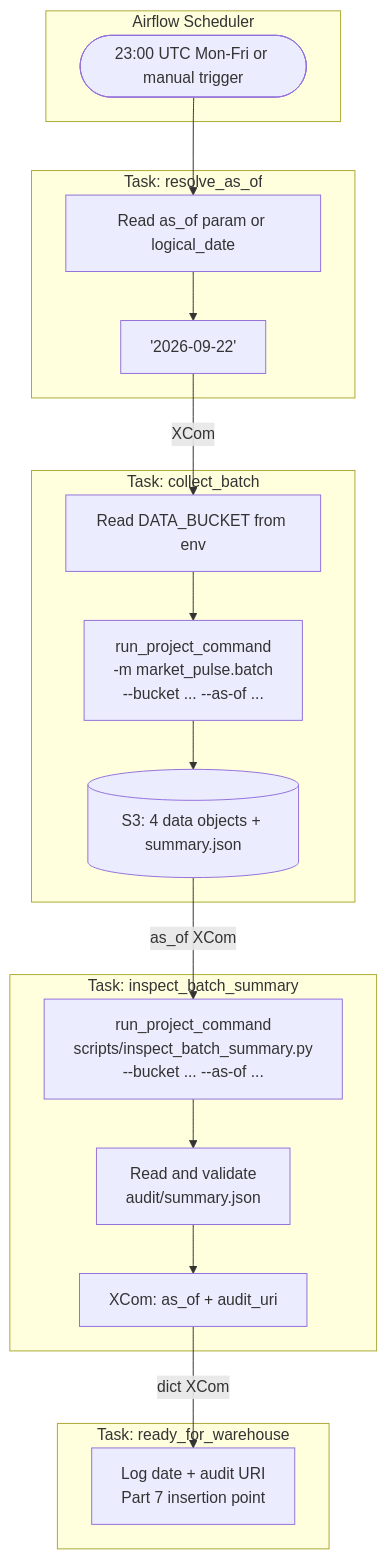
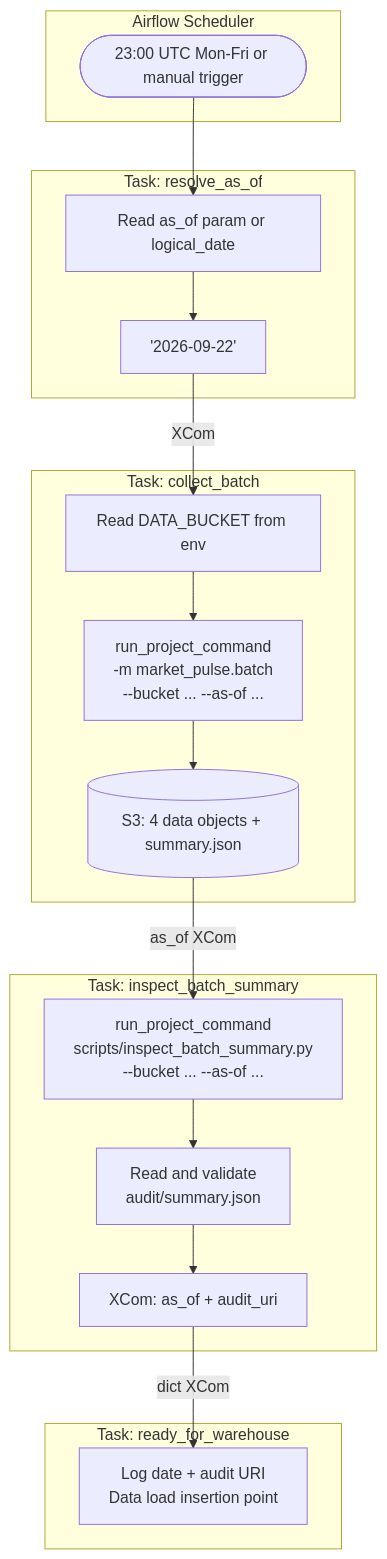
Before and after one commit to dwikynator/market-pulse: the fifth of 7 diagrams in docs/airflow-dag.md, drawn with Mermaid. The commit also changed other lines of this file and 2 other files, not shown here.

````diff
--- a/docs/airflow-dag.md
+++ b/docs/airflow-dag.md
@@ -349,35 +348,35 @@
 ```mermaid
 flowchart TD
     subgraph Scheduler["Airflow Scheduler"]
         SCHED(["23:00 UTC Mon-Fri or manual trigger"])
     end
 
     subgraph Resolve["Task: resolve_as_of"]
         RA["Read as_of param or logical_date"]
         ISOD["'2026-09-22'"]
         RA --> ISOD
     end
 
     subgraph Collect["Task: collect_batch"]
         CB_ENV["Read DATA_BUCKET from env"]
         CB_CMD["run_project_command<br>-m market_pulse.batch<br>--bucket ... --as-of ..."]
         CB_S3[("S3: 4 data objects + summary.json")]
         CB_ENV --> CB_CMD --> CB_S3
     end
 
     subgraph Inspect["Task: inspect_batch_summary"]
         IS_CMD["run_project_command<br>scripts/inspect_batch_summary.py<br>--bucket ... --as-of ..."]
         IS_READ["Read and validate<br>audit/summary.json"]
         IS_OUT["XCom: as_of + audit_uri"]
         IS_CMD --> IS_READ --> IS_OUT
     end
 
     subgraph Handoff["Task: ready_for_warehouse"]
-        RW["Log date + audit URI<br>Part 7 insertion point"]
+        RW["Log date + audit URI<br>Data load insertion point"]
     end
 
     SCHED --> RA
     ISOD  -- XCom --> CB_ENV
     CB_S3 -- as_of XCom --> IS_CMD
     IS_OUT -- dict XCom --> RW
 ```
````
